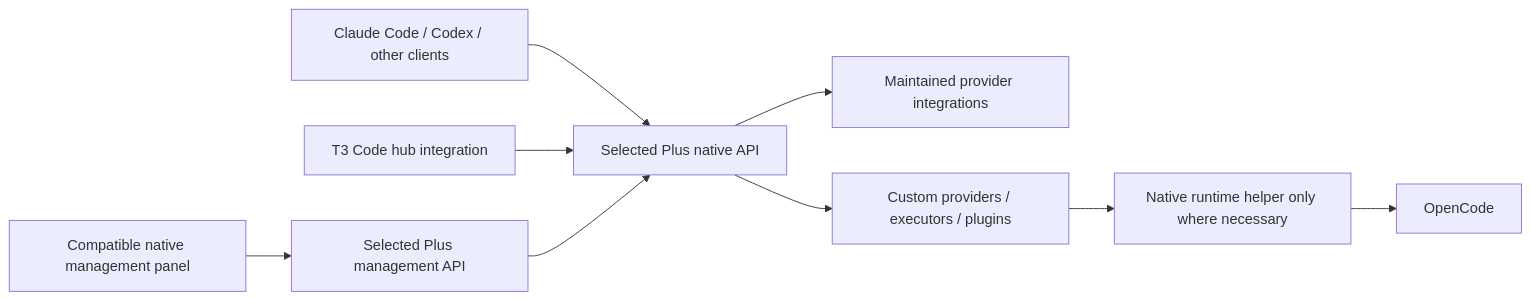
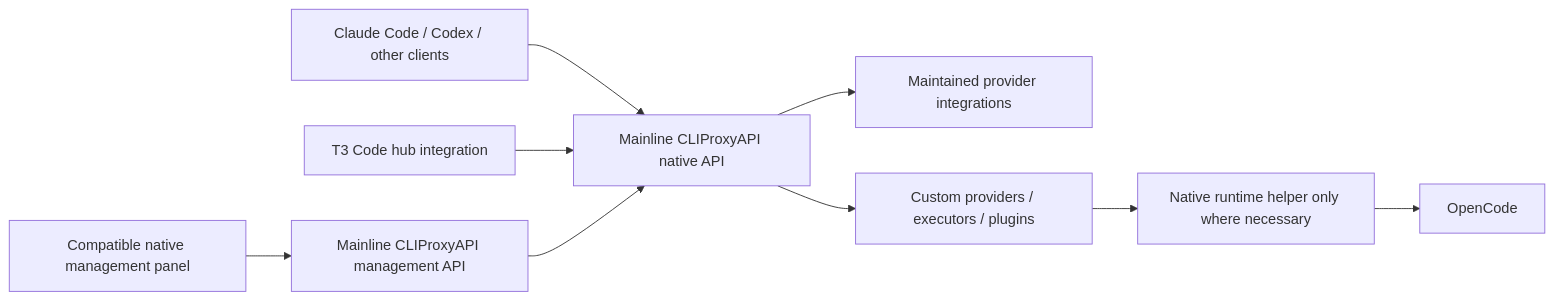
The diagram in docs/design/gateway-product-scope-refactor.md (anschmieg/tokligence-gateway), drawn with Mermaid before and after one commit. The commit also changed other lines of this file, not shown here.

Commit message:
docs: keep mainline CLIProxyAPI as the selected backend

````diff
--- a/docs/design/gateway-product-scope-refactor.md
+++ b/docs/design/gateway-product-scope-refactor.md
@@ -16,11 +16,11 @@
 ```mermaid
 flowchart LR
-    C[Claude Code / Codex / other clients] --> Q[Selected Plus native API]
+    C[Claude Code / Codex / other clients] --> Q[Mainline CLIProxyAPI native API]
     T[T3 Code hub integration] --> Q
-    M[Compatible native management panel] --> A[Selected Plus management API]
+    M[Compatible native management panel] --> A[Mainline CLIProxyAPI management API]
     A --> Q
     Q --> P[Maintained provider integrations]
     Q --> X[Custom providers / executors / plugins]
     X --> N[Native runtime helper only where necessary]
     N --> Z[OpenCode]
 ```
````
